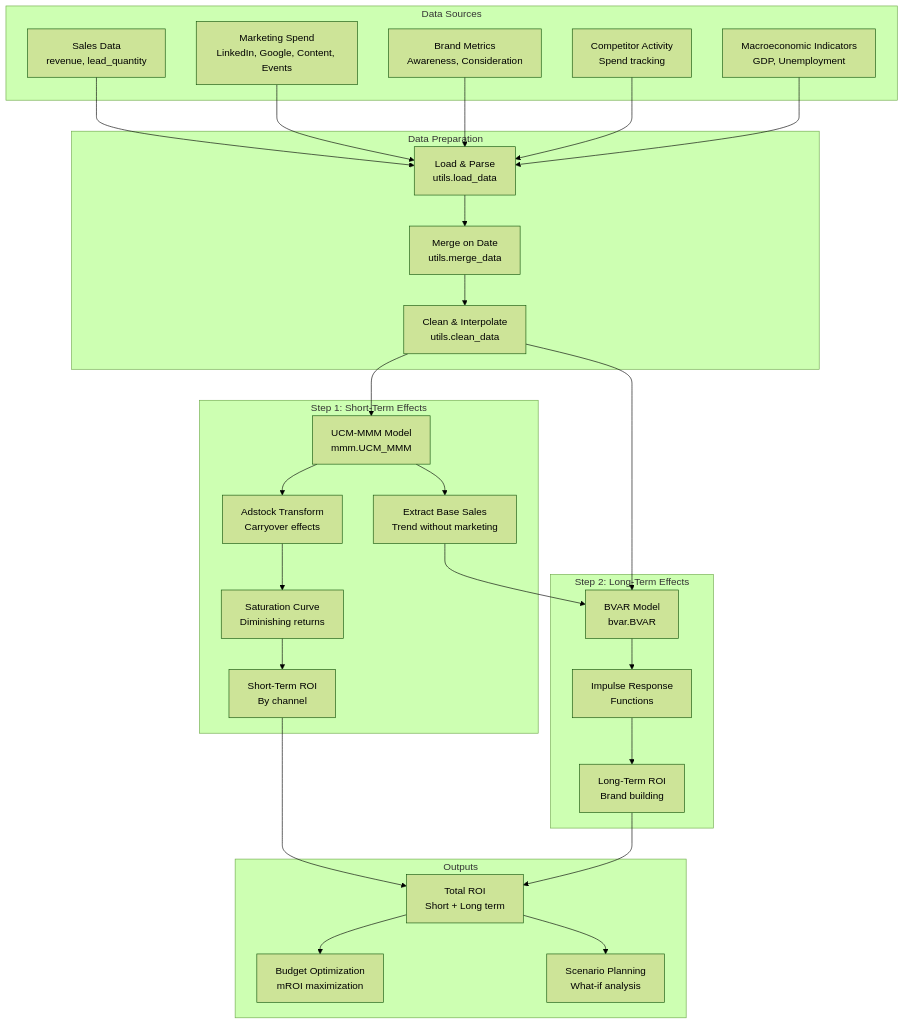
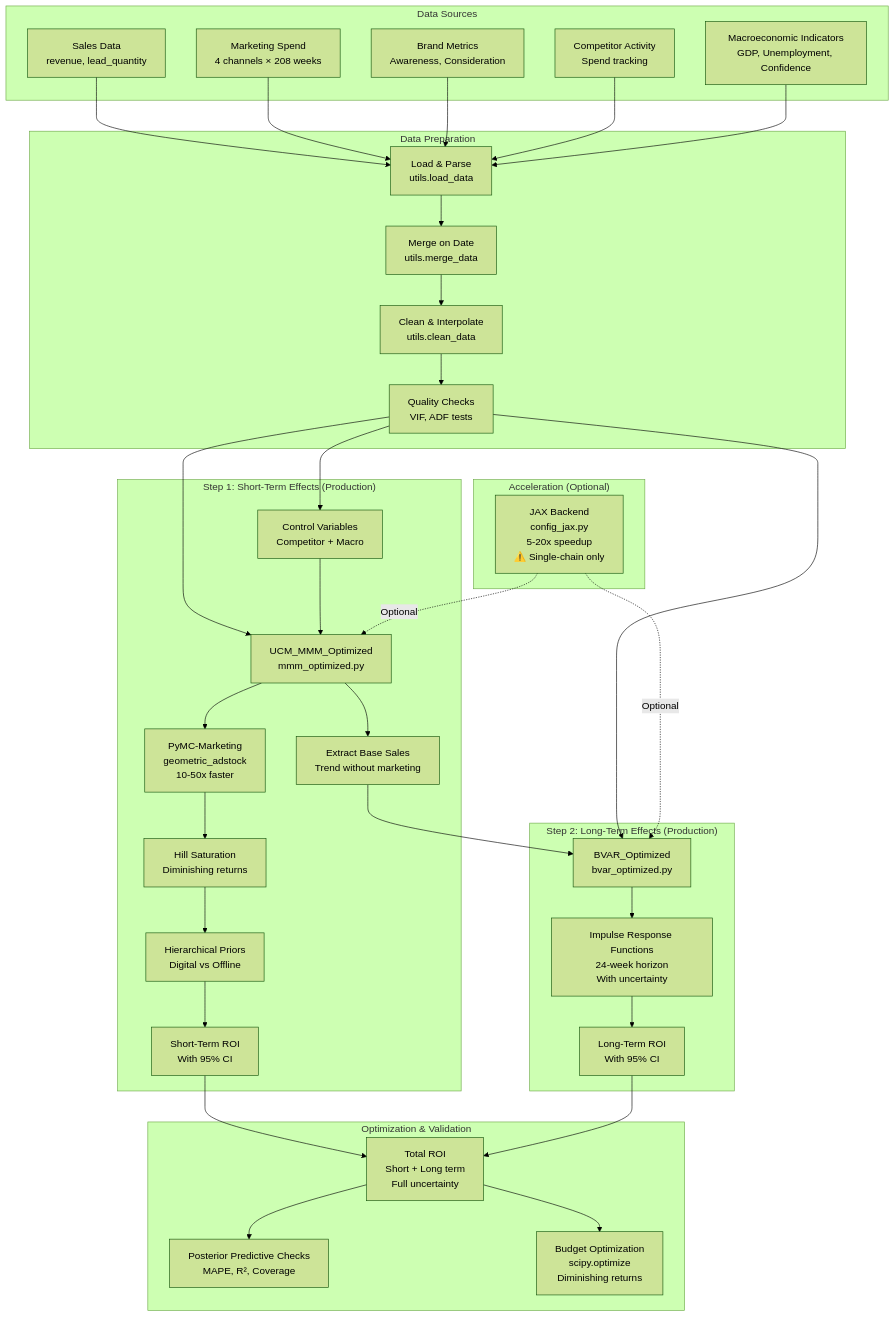
One commit to cybernexcorps/long-term-ad-effectiveness changed the first of 8 diagrams in docs/ARCHITECTURE.md. Above: the diagram before and after it, drawn with Mermaid (forest theme). The commit also changed other lines of this file and 3 other files, not shown here.

````diff
--- a/docs/ARCHITECTURE.md
+++ b/docs/ARCHITECTURE.md
@@ -7,61 +28,75 @@
 ```mermaid
 graph TB
     subgraph "Data Sources"
         Sales[Sales Data<br/>revenue, lead_quantity]
-        Marketing[Marketing Spend<br/>LinkedIn, Google, Content, Events]
+        Marketing[Marketing Spend<br/>4 channels × 208 weeks]
         Brand[Brand Metrics<br/>Awareness, Consideration]
         Competitor[Competitor Activity<br/>Spend tracking]
-        Macro[Macroeconomic Indicators<br/>GDP, Unemployment]
+        Macro[Macroeconomic Indicators<br/>GDP, Unemployment, Confidence]
     end
 
     subgraph "Data Preparation"
         Load[Load & Parse<br/>utils.load_data]
         Merge[Merge on Date<br/>utils.merge_data]
         Clean[Clean & Interpolate<br/>utils.clean_data]
+        Quality[Quality Checks<br/>VIF, ADF tests]
     end
 
-    subgraph "Step 1: Short-Term Effects"
-        MMM[UCM-MMM Model<br/>mmm.UCM_MMM]
-        Adstock[Adstock Transform<br/>Carryover effects]
-        Saturation[Saturation Curve<br/>Diminishing returns]
-        ShortROI[Short-Term ROI<br/>By channel]
+    subgraph "Step 1: Short-Term Effects (Production)"
+        MMM[UCM_MMM_Optimized<br/>mmm_optimized.py]
+        Adstock[PyMC-Marketing<br/>geometric_adstock<br/>10-50x faster]
+        Saturation[Hill Saturation<br/>Diminishing returns]
+        Hierarchical[Hierarchical Priors<br/>Digital vs Offline]
+        Control[Control Variables<br/>Competitor + Macro]
+        ShortROI[Short-Term ROI<br/>With 95% CI]
         BaseSales[Extract Base Sales<br/>Trend without marketing]
     end
 
-    subgraph "Step 2: Long-Term Effects"
-        BVAR[BVAR Model<br/>bvar.BVAR]
-        IRF[Impulse Response<br/>Functions]
-        LongROI[Long-Term ROI<br/>Brand building]
+    subgraph "Step 2: Long-Term Effects (Production)"
+        BVAR[BVAR_Optimized<br/>bvar_optimized.py]
+        IRF[Impulse Response Functions<br/>24-week horizon<br/>With uncertainty]
+        LongROI[Long-Term ROI<br/>With 95% CI]
     end
 
-    subgraph "Outputs"
-        TotalROI[Total ROI<br/>Short + Long term]
-        Optimization[Budget Optimization<br/>mROI maximization]
-        Forecasts[Scenario Planning<br/>What-if analysis]
+    subgraph "Optimization & Validation"
+        PPC[Posterior Predictive Checks<br/>MAPE, R², Coverage]
+        BudgetOpt[Budget Optimization<br/>scipy.optimize<br/>Diminishing returns]
+        TotalROI[Total ROI<br/>Short + Long term<br/>Full uncertainty]
+    end
+
+    subgraph "Acceleration (Optional)"
+        JAX[JAX Backend<br/>config_jax.py<br/>5-20x speedup<br/>⚠️ Single-chain only]
     end
 
     Sales --> Load
     Marketing --> Load
     Brand --> Load
     Competitor --> Load
     Macro --> Load
 
     Load --> Merge
     Merge --> Clean
+    Clean --> Quality
 
-    Clean --> MMM
+    Quality --> MMM
+    Quality --> Control
     MMM --> Adstock
     Adstock --> Saturation
-    Saturation --> ShortROI
+    Saturation --> Hierarchical
+    Control --> MMM
+    Hierarchical --> ShortROI
     MMM --> BaseSales
 
     BaseSales --> BVAR
-    Clean --> BVAR
+    Quality --> BVAR
     BVAR --> IRF
     IRF --> LongROI
 
     ShortROI --> TotalROI
     LongROI --> TotalROI
-    TotalROI --> Optimization
-    TotalROI --> Forecasts
+    TotalROI --> PPC
+    TotalROI --> BudgetOpt
+
+    JAX -.->|Optional| MMM
+    JAX -.->|Optional| BVAR
 ```
````
